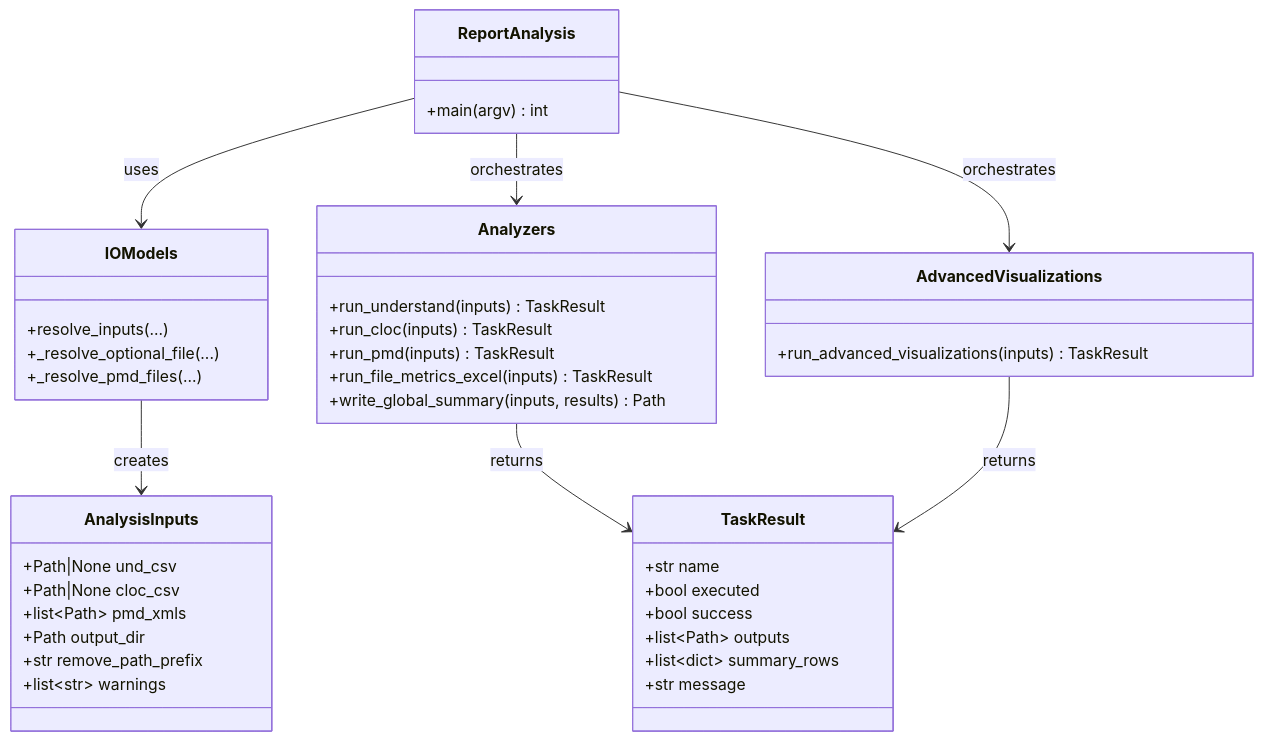
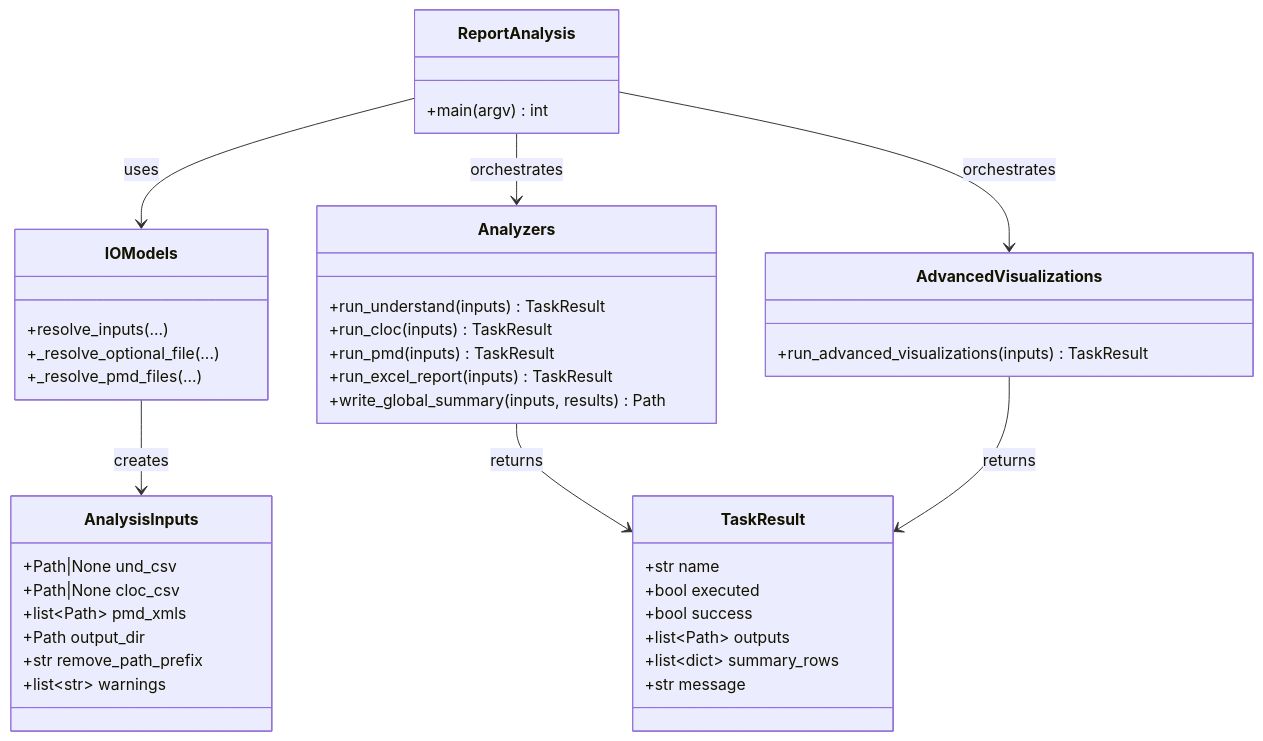
The second of 5 diagrams in docs/design.md (yskforest/report_analysis), drawn with Mermaid before and after one commit. The commit also changed other lines of this file and 11 other files, not shown here.

Commit message:
feat: implement Excel report generation module and add corresponding integration tests

````diff
--- a/docs/design.md
+++ b/docs/design.md
@@ -129,49 +129,49 @@
 ```mermaid
 classDiagram
     class AnalysisInputs {
       +Path|None und_csv
       +Path|None cloc_csv
       +list~Path~ pmd_xmls
       +Path output_dir
       +str remove_path_prefix
       +list~str~ warnings
     }
 
     class TaskResult {
       +str name
       +bool executed
       +bool success
       +list~Path~ outputs
       +list~dict~ summary_rows
       +str message
     }
 
     class ReportAnalysis {
       +main(argv) int
     }
 
     class IOModels {
       +resolve_inputs(...)
       +_resolve_optional_file(...)
       +_resolve_pmd_files(...)
     }
 
     class Analyzers {
       +run_understand(inputs) TaskResult
       +run_cloc(inputs) TaskResult
       +run_pmd(inputs) TaskResult
-      +run_file_metrics_excel(inputs) TaskResult
+      +run_excel_report(inputs) TaskResult
       +write_global_summary(inputs, results) Path
     }
 
     class AdvancedVisualizations {
       +run_advanced_visualizations(inputs) TaskResult
     }
 
     ReportAnalysis --> IOModels : uses
     ReportAnalysis --> Analyzers : orchestrates
     ReportAnalysis --> AdvancedVisualizations : orchestrates
     IOModels --> AnalysisInputs : creates
     Analyzers --> TaskResult : returns
     AdvancedVisualizations --> TaskResult : returns
 ```
````
